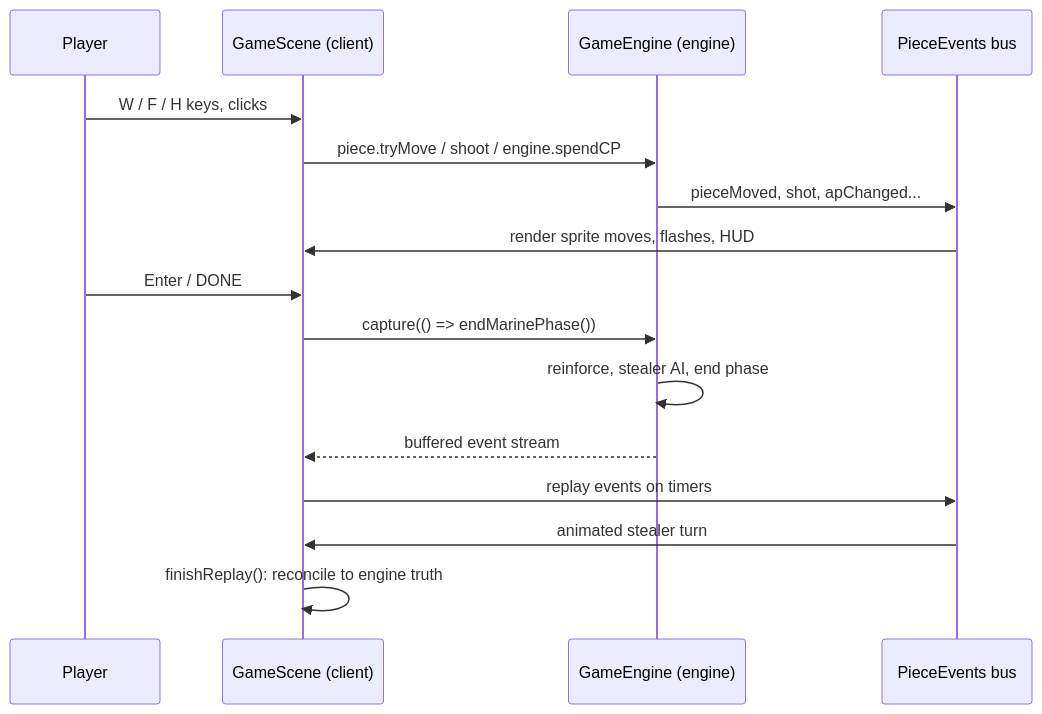
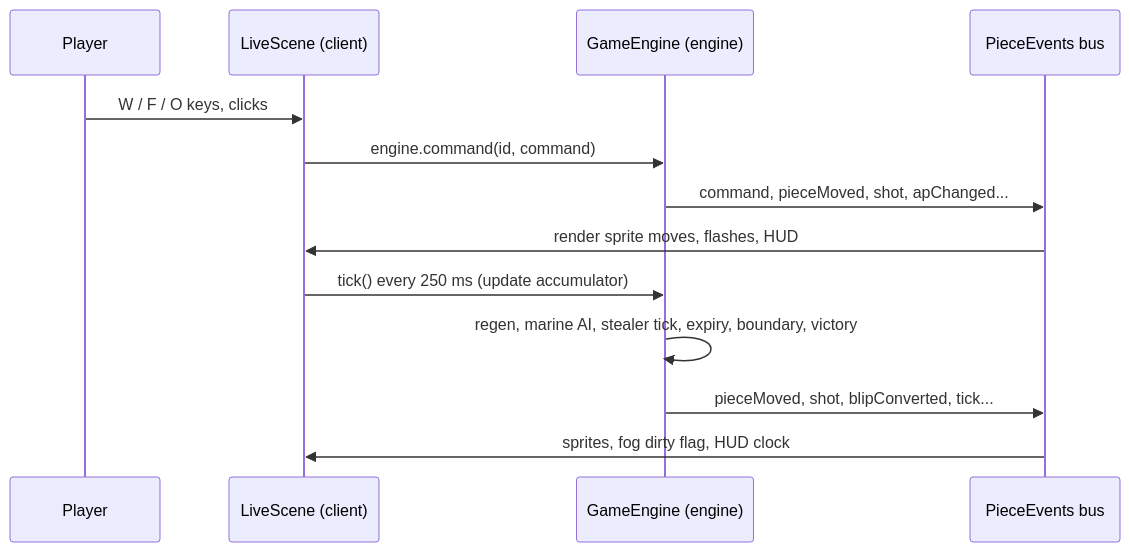
One commit to harryf/sulkweb changed the diagram in docs/architecture.md. Above: the diagram before and after it, drawn with Mermaid. The commit also changed other lines of this file and 34 other files, not shown here.

````diff
--- a/docs/architecture.md
+++ b/docs/architecture.md
@@ -86,18 +83,15 @@
 ```mermaid
 sequenceDiagram
     participant P as Player
-    participant C as GameScene (client)
+    participant C as LiveScene (client)
     participant E as GameEngine (engine)
     participant B as PieceEvents bus
-    P->>C: W / F / H keys, clicks
-    C->>E: piece.tryMove / shoot / engine.spendCP
-    E->>B: pieceMoved, shot, apChanged...
+    P->>C: W / F / O keys, clicks
+    C->>E: engine.command(id, command)
+    E->>B: command, pieceMoved, shot, apChanged...
     B->>C: render sprite moves, flashes, HUD
-    P->>C: Enter / DONE
-    C->>E: capture(() => endMarinePhase())
-    E->>E: reinforce, stealer AI, end phase
-    E-->>C: buffered event stream
-    C->>B: replay events on timers
-    B->>C: animated stealer turn
-    C->>C: finishReplay(): reconcile to engine truth
+    C->>E: tick() every 250 ms (update accumulator)
+    E->>E: regen, marine AI, stealer tick, expiry, boundary, victory
+    E->>B: pieceMoved, shot, blipConverted, tick...
+    B->>C: sprites, fog dirty flag, HUD clock
 ```
````
